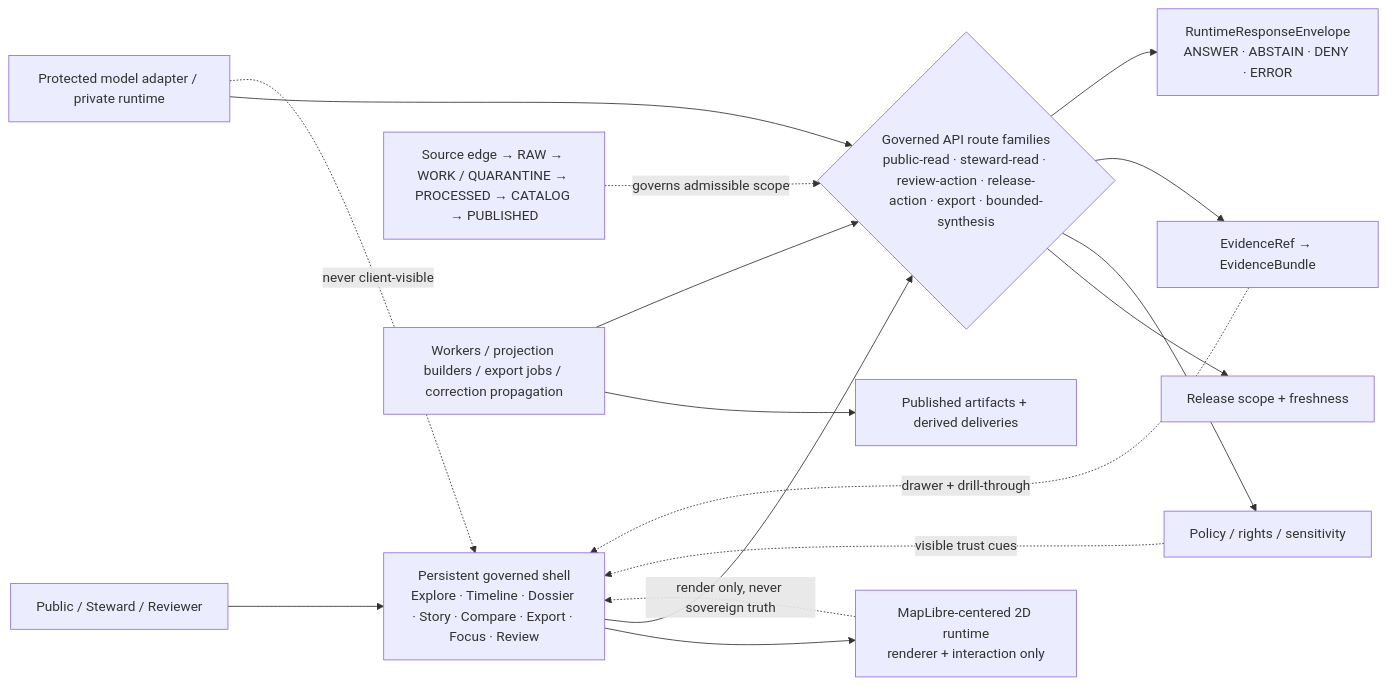
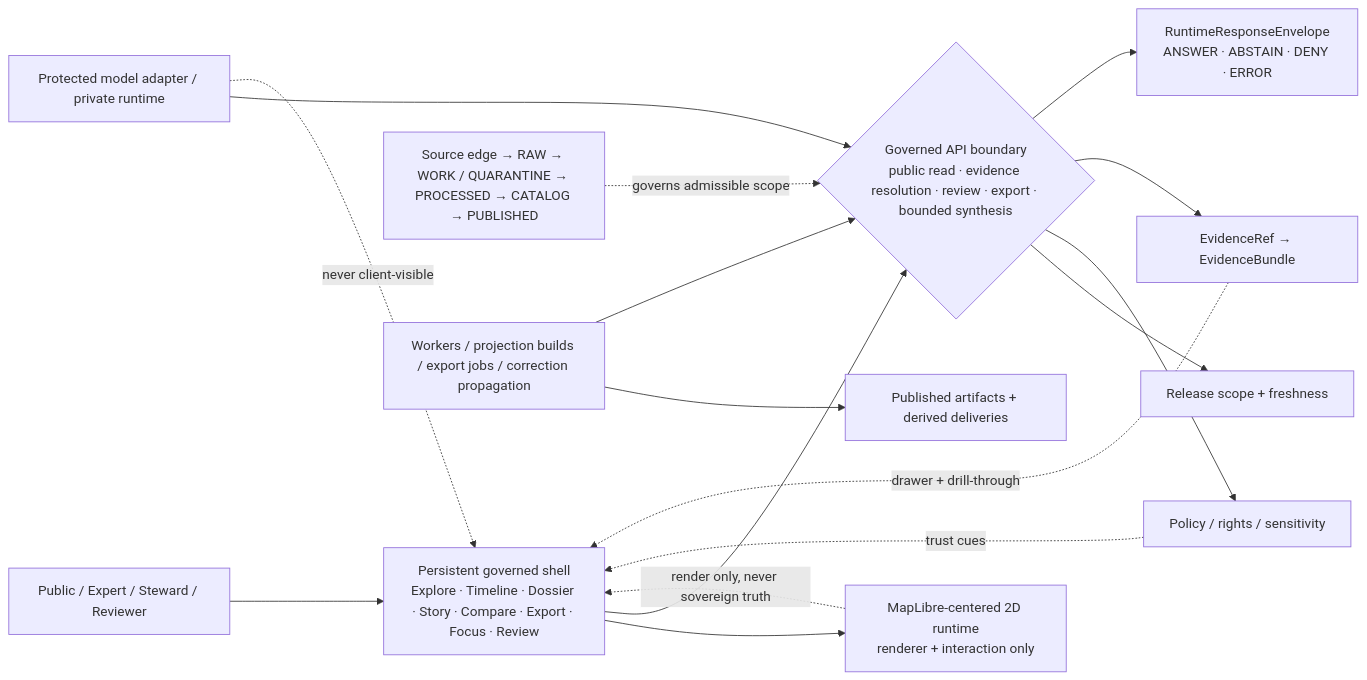
Before and after one commit to bartytime4life/Kansas-Frontier-Matrix: the diagram in apps/README.md, drawn with Mermaid. The commit also changed other lines of this file, not shown here.

````diff
--- a/apps/README.md
+++ b/apps/README.md
@@ -359,23 +393,23 @@
 ```mermaid
 flowchart LR
-    User[Public / Steward / Reviewer] --> Shell[Persistent governed shell<br/>Explore · Timeline · Dossier · Story · Compare · Export · Focus · Review]
+    User[Public / Expert / Steward / Reviewer] --> Shell[Persistent governed shell<br/>Explore · Timeline · Dossier · Story · Compare · Export · Focus · Review]
 
     Shell --> MapRuntime[MapLibre-centered 2D runtime<br/>renderer + interaction only]
-    Shell --> API{Governed API route families<br/>public-read · steward-read · review-action · release-action · export · bounded-synthesis}
+    Shell --> API{Governed API boundary<br/>public read · evidence resolution · review · export · bounded synthesis}
 
     API --> Release[Release scope + freshness]
     API --> Policy[Policy / rights / sensitivity]
     API --> Evidence[EvidenceRef → EvidenceBundle]
     API --> Runtime[RuntimeResponseEnvelope<br/>ANSWER · ABSTAIN · DENY · ERROR]
 
     Canonical[Source edge → RAW → WORK / QUARANTINE → PROCESSED → CATALOG → PUBLISHED] -. governs admissible scope .-> API
-    Workers[Workers / projection builders / export jobs / correction propagation] --> Published[Published artifacts + derived deliveries]
+    Workers[Workers / projection builds / export jobs / correction propagation] --> Published[Published artifacts + derived deliveries]
     Workers --> API
 
     Model[Protected model adapter / private runtime] --> API
     Model -. never client-visible .-> Shell
 
     MapRuntime -. render only, never sovereign truth .-> Shell
     Evidence -. drawer + drill-through .-> Shell
-    Policy -. visible trust cues .-> Shell
+    Policy -. trust cues .-> Shell
 ```
````
